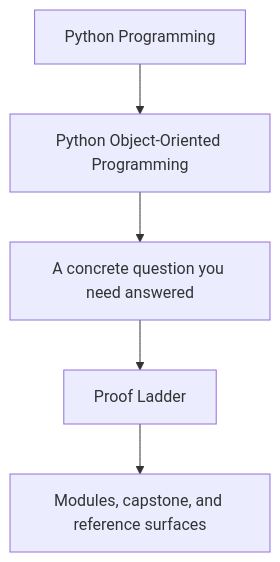
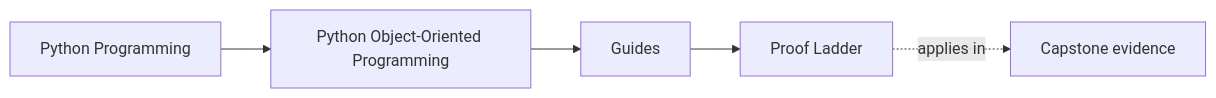
One commit to bijux/bijux-masterclass changed the first of 2 diagrams in programs/python-programming/python-object-oriented-programming/course-book/guides/proof-ladder.md. Above: the diagram before and after it, drawn with Mermaid. The commit also changed other lines of this file and 65 other files, not shown here.

Commit message:
docs(python-object-oriented-programming): map object model and design foundations

````diff
--- a/programs/python-programming/python-object-oriented-programming/course-book/guides/proof-ladder.md
+++ b/programs/python-programming/python-object-oriented-programming/course-book/guides/proof-ladder.md
@@ -7,7 +7,11 @@
 ```mermaid
-flowchart TD
-  family["Python Programming"] --> program["Python Object-Oriented Programming"]
-  program --> pressure["A concrete question you need answered"]
-  pressure --> guide["Proof Ladder"]
-  guide --> next["Modules, capstone, and reference surfaces"]
+graph LR
+  family["Python Programming"]
+  program["Python Object-Oriented Programming"]
+  section["Guides"]
+  page["Proof Ladder"]
+  capstone["Capstone evidence"]
+
+  family --> program --> section --> page
+  page -.applies in.-> capstone
 ```
````
